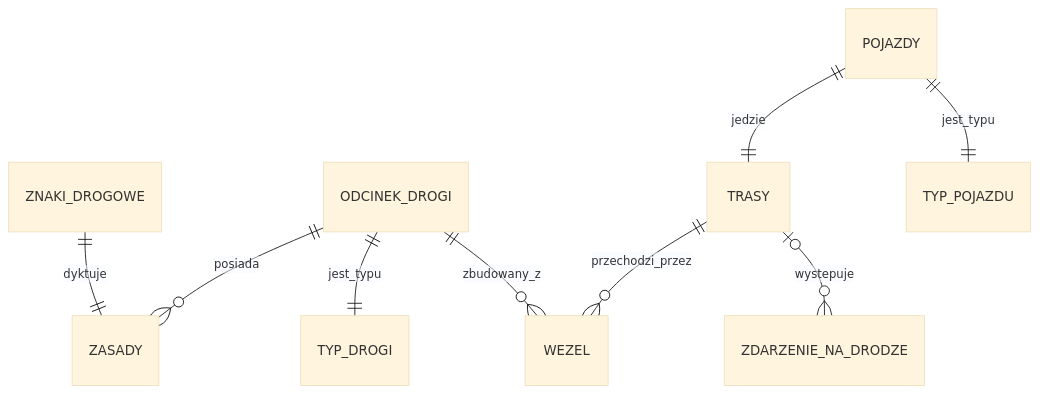
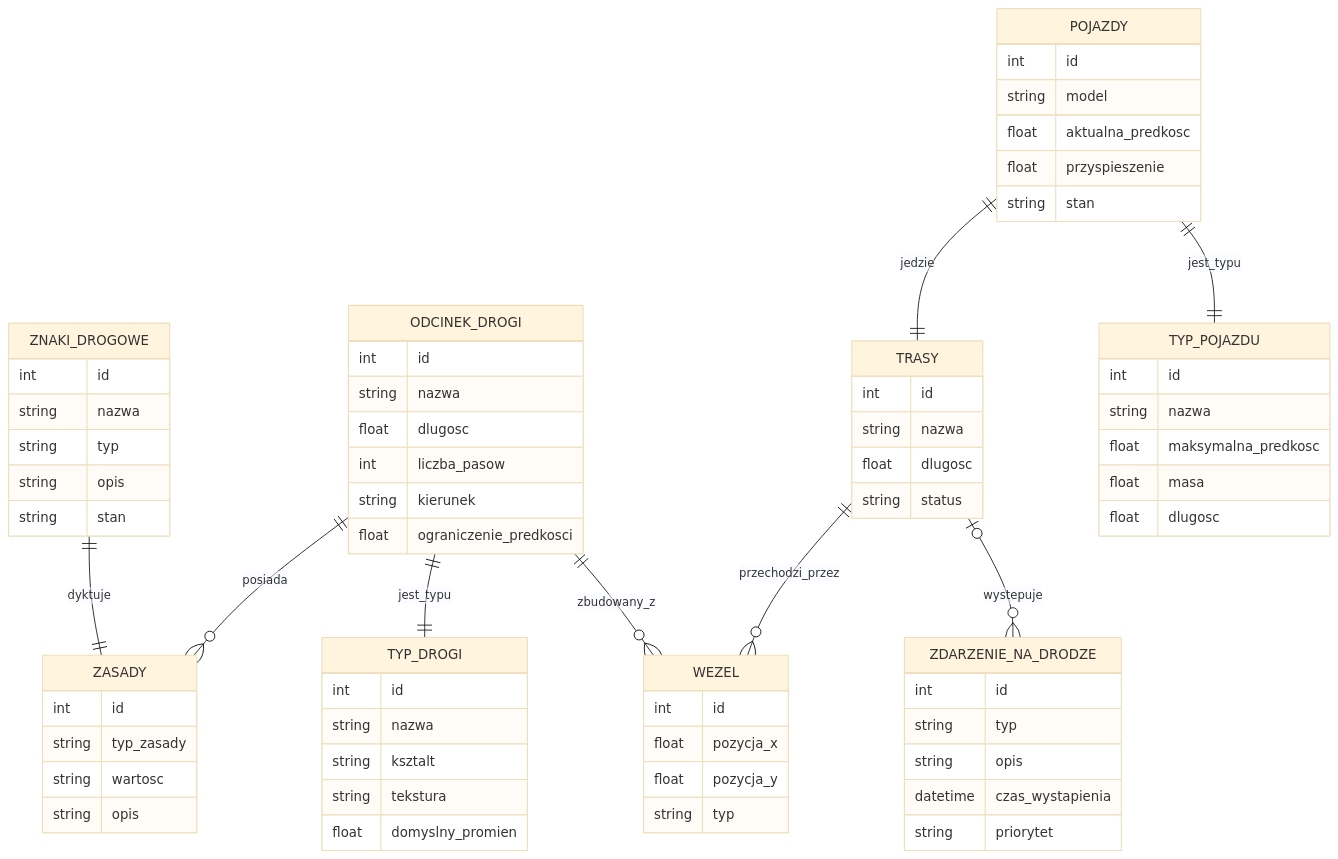
One commit to Vomiroy/Symulator-ruchu-drogowego changed the diagram in docs/domain-model.md. Above: the diagram before and after it, drawn with Mermaid (base theme). The commit also changed other lines of this file, not shown here.

Commit message:
Enhance domain model documentation
Expanded descriptions for domain model entities and added relationships.

````diff
--- a/docs/domain-model.md
+++ b/docs/domain-model.md
@@ -24,6 +24,77 @@
 ```mermaid
 erDiagram
 
+    ZNAKI_DROGOWE {
+        int id
+        string nazwa
+        string typ
+        string opis
+        string stan
+    }
+
+    ZASADY {
+        int id
+        string typ_zasady
+        string wartosc
+        string opis
+    }
+
+    ODCINEK_DROGI {
+        int id
+        string nazwa
+        float dlugosc
+        int liczba_pasow
+        string kierunek
+        float ograniczenie_predkosci
+    }
+
+    TYP_DROGI {
+        int id
+        string nazwa
+        string ksztalt
+        string tekstura
+        float domyslny_promien
+    }
+
+    WEZEL {
+        int id
+        float pozycja_x
+        float pozycja_y
+        string typ
+    }
+
+    TRASY {
+        int id
+        string nazwa
+        float dlugosc
+        string status
+    }
+
+    POJAZDY {
+        int id
+        string model
+        float aktualna_predkosc
+        float przyspieszenie
+        string stan
+    }
+
+    TYP_POJAZDU {
+        int id
+        string nazwa
+        float maksymalna_predkosc
+        float masa
+        float dlugosc
+    }
+
+    ZDARZENIE_NA_DRODZE {
+        int id
+        string typ
+        string opis
+        datetime czas_wystapienia
+        string priorytet
+    }
+
+    %% Relacje
     ZNAKI_DROGOWE ||--|| ZASADY : "dyktuje"
 
     ODCINEK_DROGI ||--o{ ZASADY : "posiada"
````
